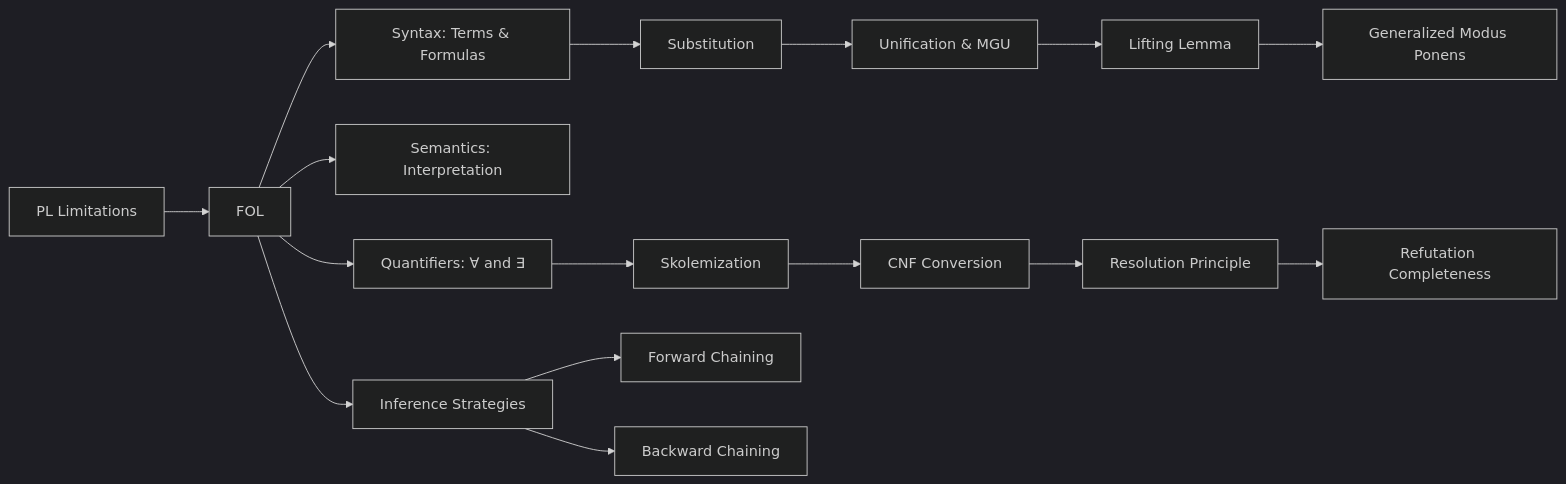
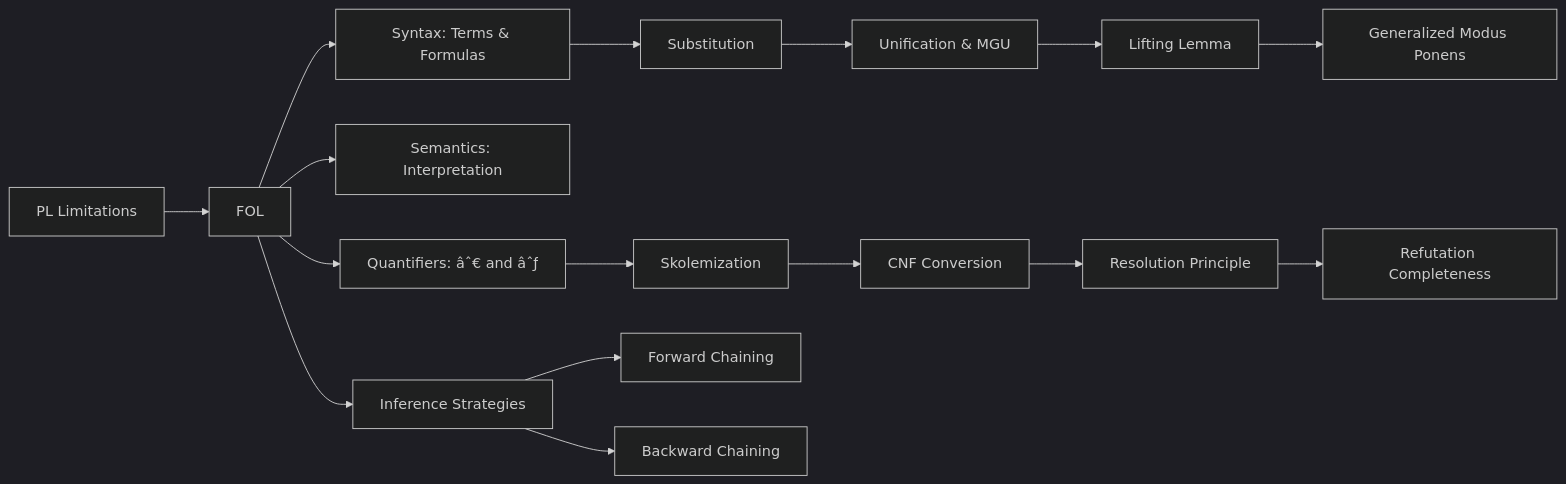
The diagram in docs/courses/artificial-intelligence/07-fol.md (Raushan666java/ai-engineering-journey), drawn with Mermaid (dark theme) before and after one commit. The commit also changed other lines of this file and 735 other files, not shown here.

````diff
--- a/docs/courses/artificial-intelligence/07-fol.md
+++ b/docs/courses/artificial-intelligence/07-fol.md
@@ -61,18 +61,18 @@
 ```mermaid
 flowchart LR
     A[PL Limitations] --> B[FOL]
     B --> C[Syntax: Terms & Formulas]
     B --> D[Semantics: Interpretation]
-    B --> E[Quantifiers: ∀ and ∃]
+    B --> E[Quantifiers: âˆ€ and âˆƒ]
     C --> F[Substitution]
     F --> G[Unification & MGU]
     E --> H[Skolemization]
     H --> I[CNF Conversion]
     I --> J[Resolution Principle]
     B --> K[Inference Strategies]
     K --> L[Forward Chaining]
     K --> M[Backward Chaining]
     G --> N[Lifting Lemma]
     N --> O[Generalized Modus Ponens]
     J --> P[Refutation Completeness]
 ```
````
